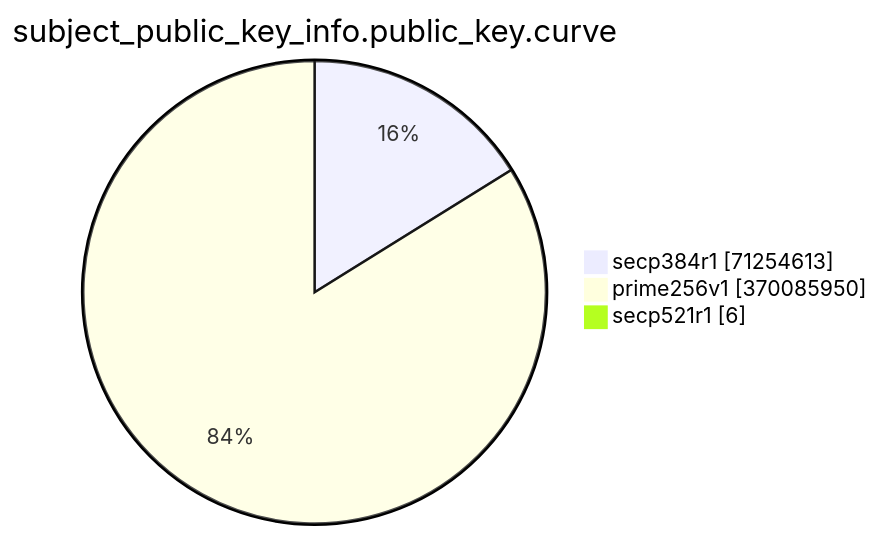
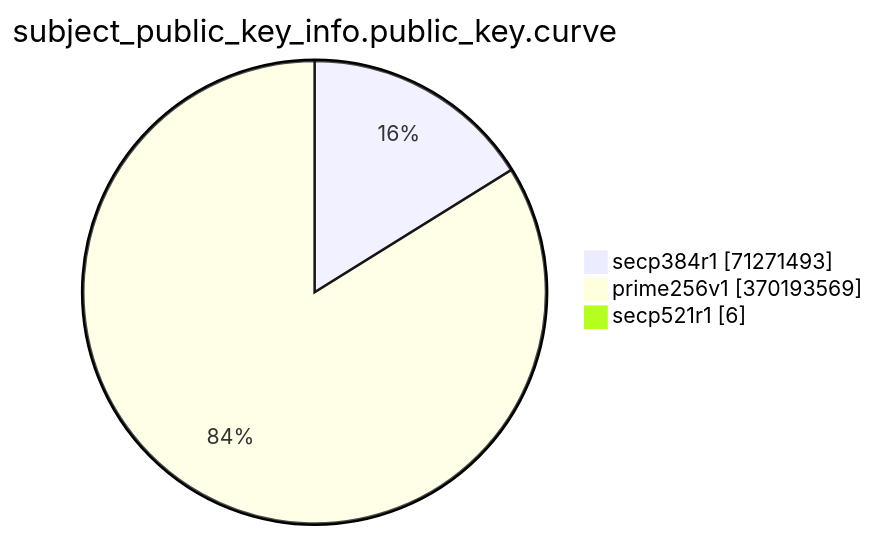
The eighth of 15 diagrams in TOTAL/README.md (christiankrug/ctmonitor_visualization), drawn with Mermaid before and after one commit. The commit also changed other lines of this file, not shown here.

````diff
--- a/TOTAL/README.md
+++ b/TOTAL/README.md
@@ -3094,7 +3094,7 @@
 ```mermaid
 pie showData
 title subject_public_key_info.public_key.curve
-"secp384r1" :71254613
-"prime256v1" :370085950
+"secp384r1" :71271493
+"prime256v1" :370193569
 "secp521r1" :6
 ```
````
